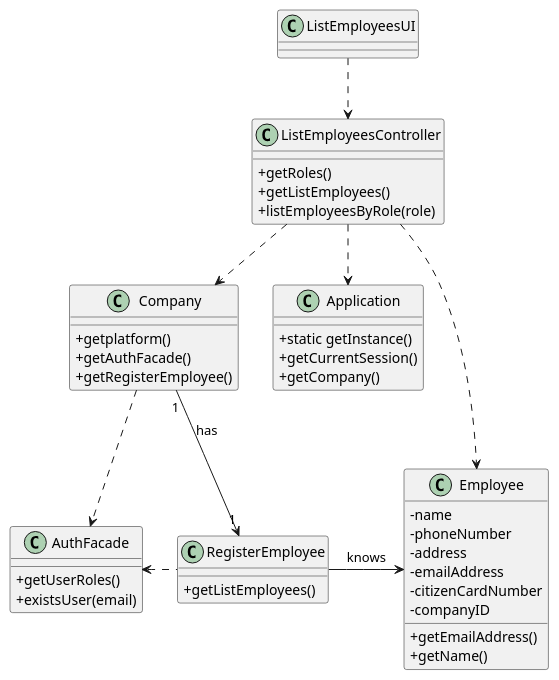
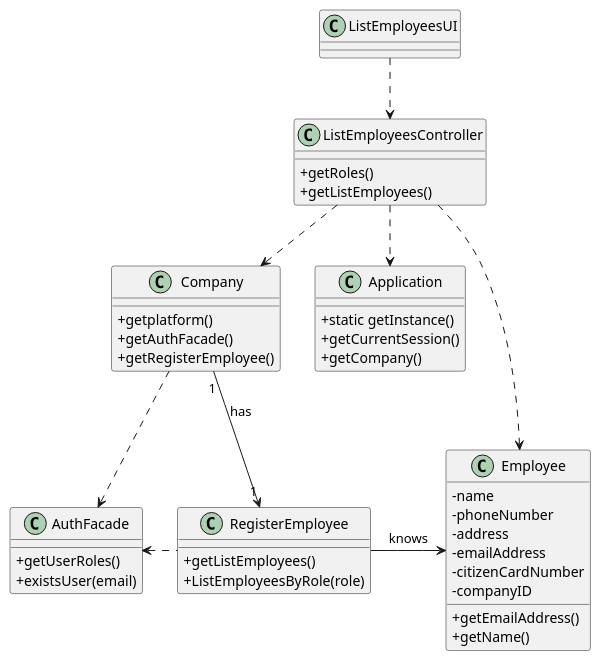
The diagram in docs/SprintB/UserStories/US11/US11_CD.puml (diogonapoles/isep-lapr2), drawn with PlantUML before and after one commit. The commit also changed 4 other files, not shown here.

```diff
--- a/docs/SprintB/UserStories/US11/US11_CD.puml
+++ b/docs/SprintB/UserStories/US11/US11_CD.puml
@@ -1,70 +1,72 @@
 @startuml
 skinparam classAttributeIconSize 0
 
 
 class AuthFacade{
 +getUserRoles()
 +existsUser(email)
 }
 
 class Application {
   +static getInstance()
   +getCurrentSession()
   +getCompany()
 
 }
 
 class Company {
 +getplatform()
 +getAuthFacade()
 +getRegisterEmployee()
 }
 
 class Employee {
 -name
 -phoneNumber
 -address
 -emailAddress
 -citizenCardNumber
 -companyID
 +getEmailAddress()
 +getName()
 }
 
 
 class RegisterEmployee{
 +getListEmployees()
++ListEmployeesByRole(role)
 
 }
 
 
 
 
 
 
 class ListEmployeesController {
 +getRoles()
   +getListEmployees()
-  +listEmployeesByRole(role)
+
+
 
 
 }
 
 class ListEmployeesUI {
 
 }
 
 ListEmployeesUI ..> ListEmployeesController
 ListEmployeesController ..> Application
 ListEmployeesController ..> Company
 Company ..> AuthFacade
 RegisterEmployee .left.> AuthFacade
 ListEmployeesController ..> Employee
 Company "1" --> "1" RegisterEmployee : has
 RegisterEmployee -right-> Employee : knows
 
 
 
 
 
 @enduml
```
